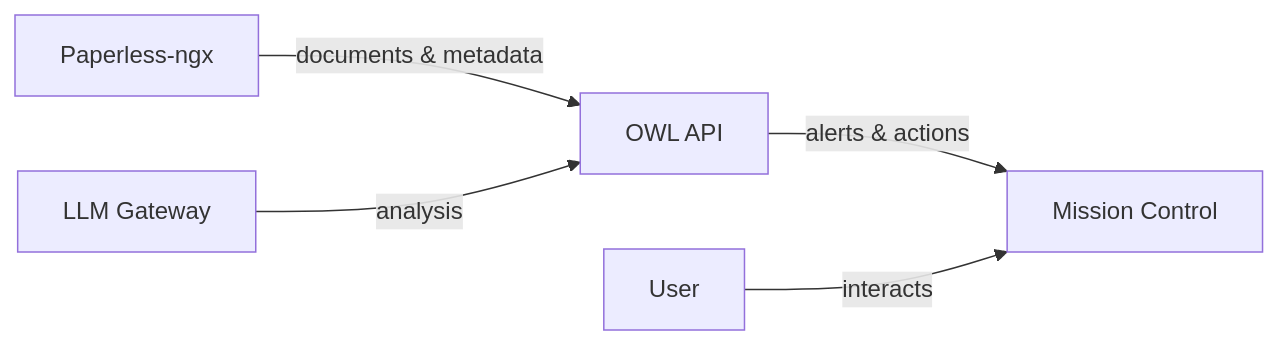
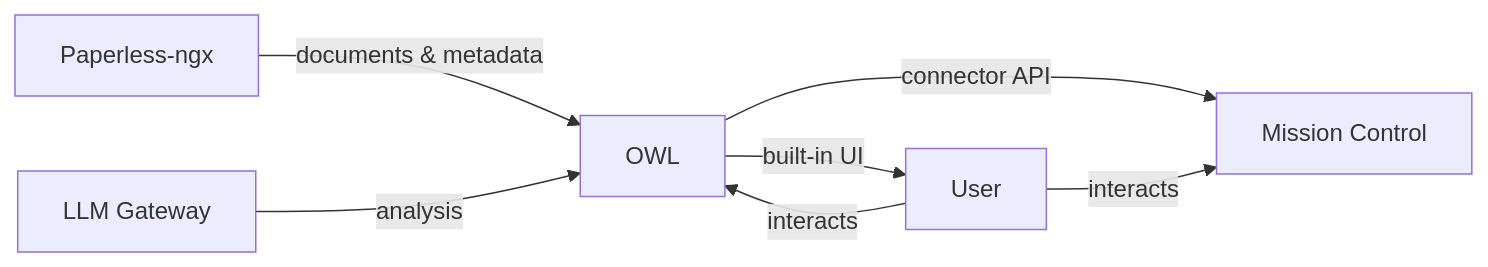
Before and after one commit to rsocko/owl: the first of 3 diagrams in docs/architecture/index.md, drawn with Mermaid. The commit also changed other lines of this file and 2 other files, not shown here.

First line of the commit message:
docs(owl): correct architecture to reflect full-stack app with built-in UI

````diff
--- a/docs/architecture/index.md
+++ b/docs/architecture/index.md
@@ -11,7 +16,9 @@
 ```mermaid
 graph LR
-    P[Paperless-ngx] -->|documents & metadata| OWL[OWL API]
-    OWL -->|alerts & actions| MC[Mission Control]
+    P[Paperless-ngx] -->|documents & metadata| OWL[OWL]
     LLM[LLM Gateway] -->|analysis| OWL
+    OWL -->|built-in UI| User
+    OWL -->|connector API| MC[Mission Control]
+    User -->|interacts| OWL
     User -->|interacts| MC
 ```
````
